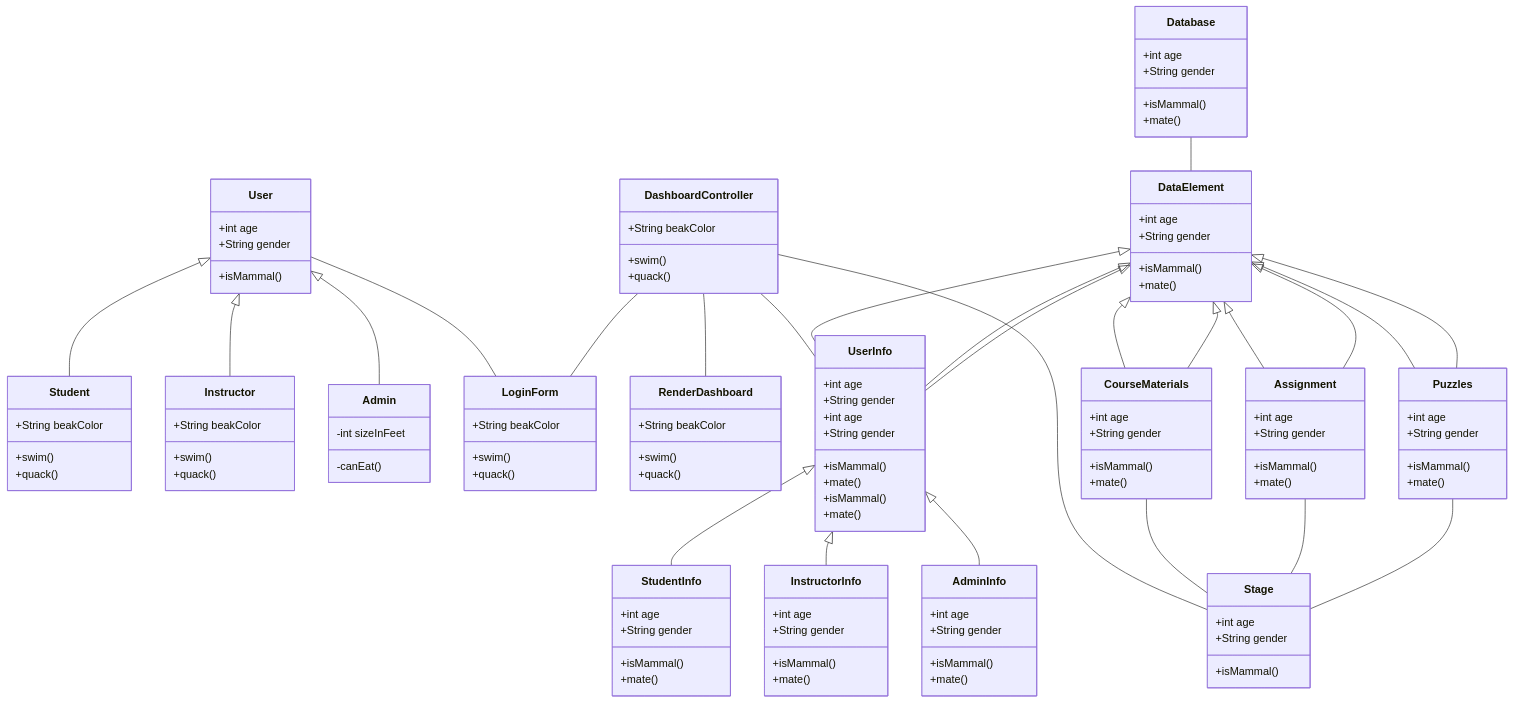
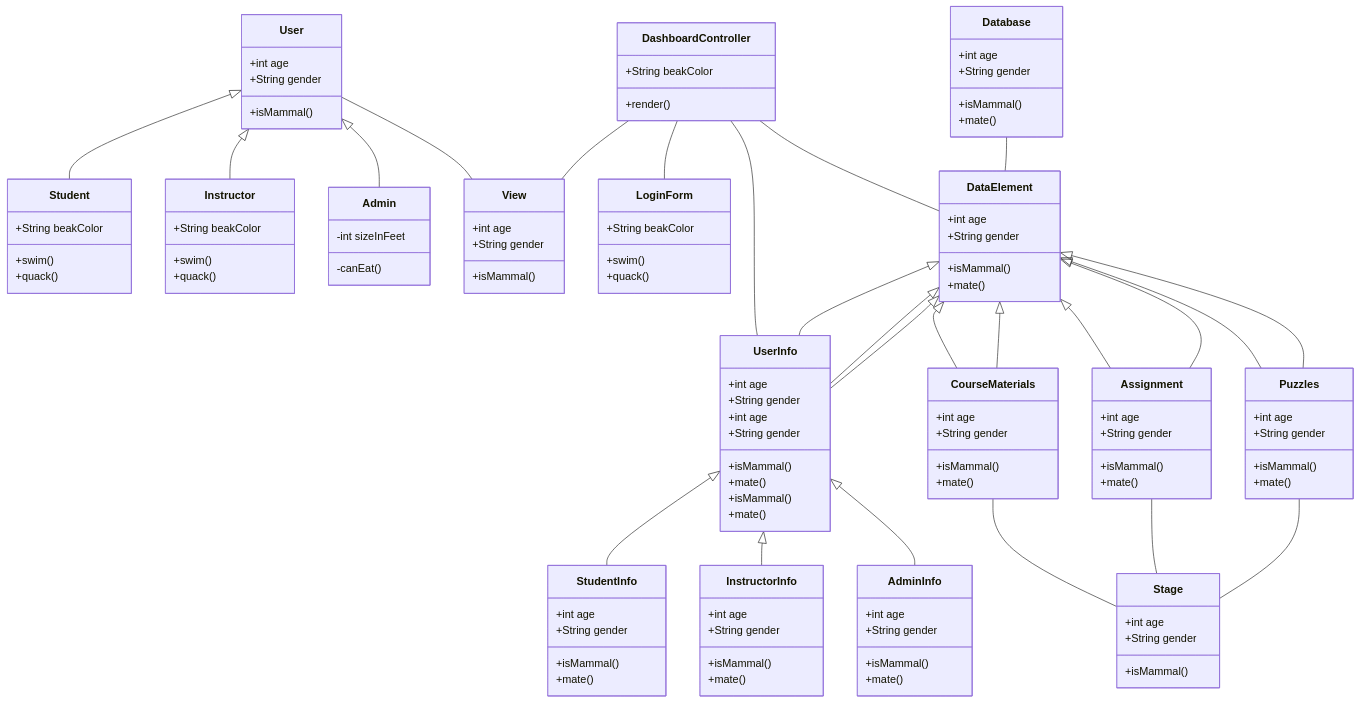
The diagram in Assignment_2/class_draft/class_login_browse.md (Abdullahaml1/cse608-assignments), drawn with Mermaid before and after one commit. The commit also changed 1 other file, not shown here.

Commit message:
completing drafts

```diff
--- a/Assignment_2/class_draft/class_login_browse.md
+++ b/Assignment_2/class_draft/class_login_browse.md
@@ -7,12 +7,13 @@
 User <|-- Admin
 
 
-User -- LoginForm
+User -- View
+
 
 DashboardController -- LoginForm
-DashboardController -- RenderDashboard
 DashboardController -- UserInfo
-DashboardController -- Stage
+DashboardController -- View
+DashboardController -- DataElement
 
 
 CourseMaterials -- Stage
@@ -65,18 +66,18 @@
 }
 
 
-class RenderDashboard{
-+String beakColor
-+swim()
-+quack()
+class View{
++int age
++String gender
++isMammal()
 }
+
 
 
 
 class DashboardController{
 +String beakColor
-+swim()
-+quack()
++render()
 }
 
 
```
